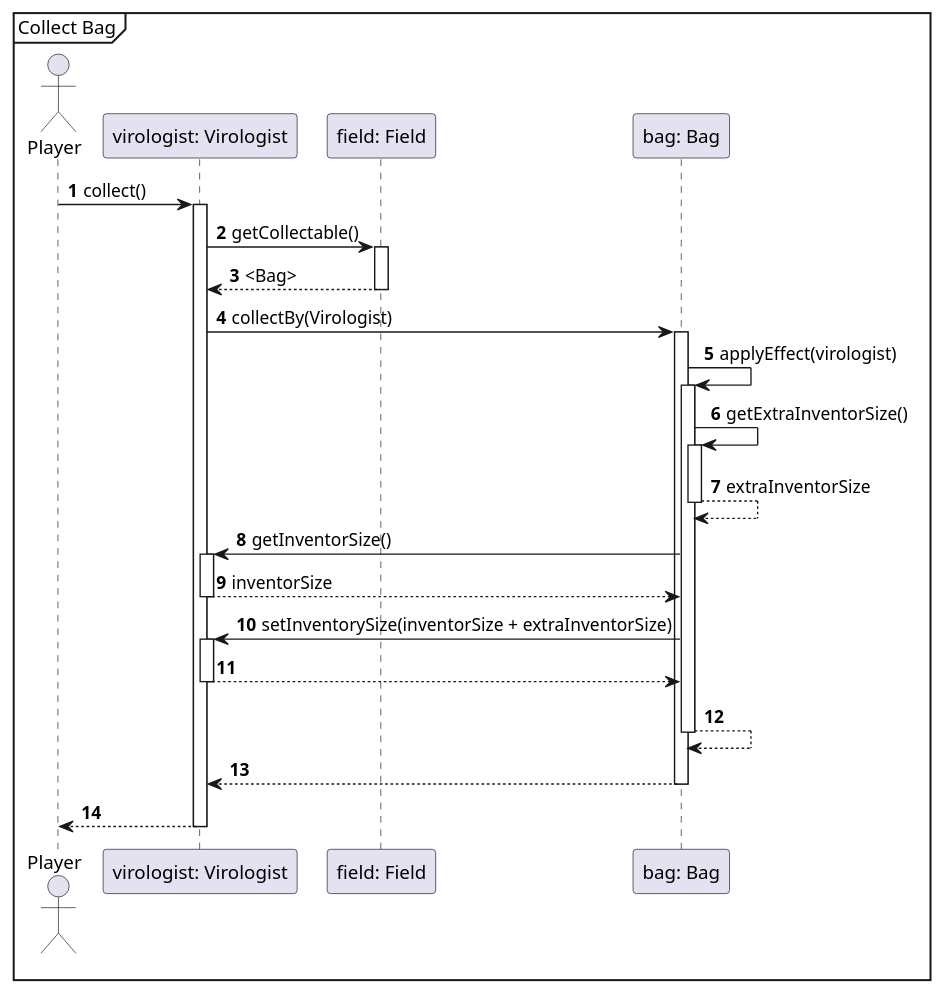
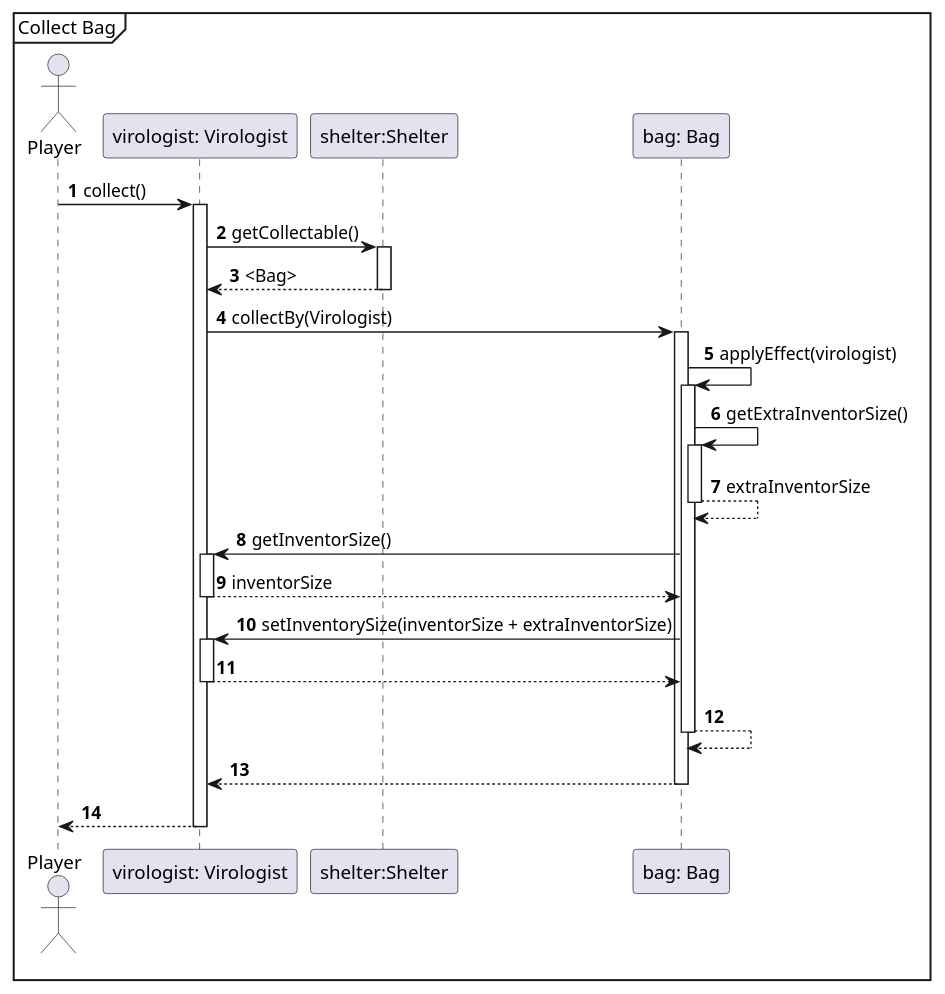
Before and after one commit to Projlab-csb/projlab-virologus: the diagram in Exact Sequence-diagrams/CollectBag.puml, drawn with PlantUML. The commit also changed 3 other files, not shown here.

Commit message:
Little changes in sequences

```diff
--- a/Exact Sequence-diagrams/CollectBag.puml
+++ b/Exact Sequence-diagrams/CollectBag.puml
@@ -1,46 +1,46 @@
 @startuml
 'https://plantuml.com/sequence-diagram
 
 autonumber
 
 mainframe Collect Bag
 
 actor Player
 
 Player -> "virologist: Virologist": collect()
 Activate "virologist: Virologist"
 
-"virologist: Virologist" -> "field: Field": getCollectable()
-Activate "field: Field"
-"field: Field" --> "virologist: Virologist": <Bag>
-Deactivate "field: Field"
+"virologist: Virologist" -> "shelter:Shelter": getCollectable()
+Activate "shelter:Shelter"
+"shelter:Shelter" --> "virologist: Virologist": <Bag>
+Deactivate "shelter:Shelter"
 
 "virologist: Virologist" -> "bag: Bag": collectBy(Virologist)
 Activate "bag: Bag"
 
 
 "bag: Bag" -> "bag: Bag"++ : applyEffect(virologist)
 
 'Itt miért kéri le magától a méretét?
 "bag: Bag" -> "bag: Bag"++ : getExtraInventorSize()
 "bag: Bag" --> "bag: Bag"-- : extraInventorSize
 
 "bag: Bag" -> "virologist: Virologist"++ : getInventorSize()
 "virologist: Virologist" --> "bag: Bag"-- : inventorSize
 
 "bag: Bag" -> "virologist: Virologist"++ : setInventorySize(inventorSize + extraInventorSize)
 "virologist: Virologist" --> "bag: Bag"--
 
 "bag: Bag" --> "bag: Bag"--:
 
 "bag: Bag" --> "virologist: Virologist"--
 
 
 Deactivate "bag: Bag"
 
 
 
 "virologist: Virologist" --> Player
 Deactivate "virologist: Virologist"
 
 @enduml
```
